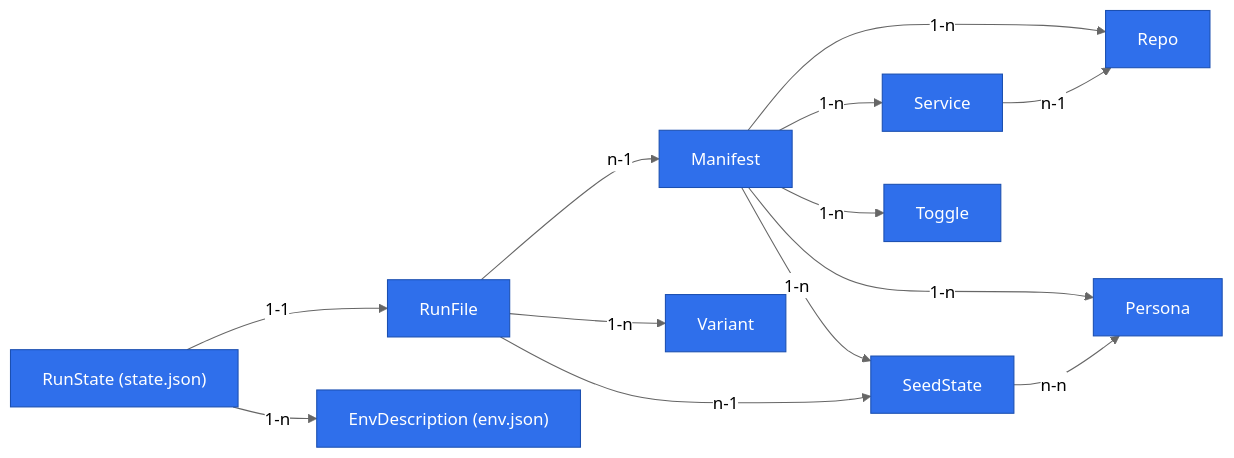
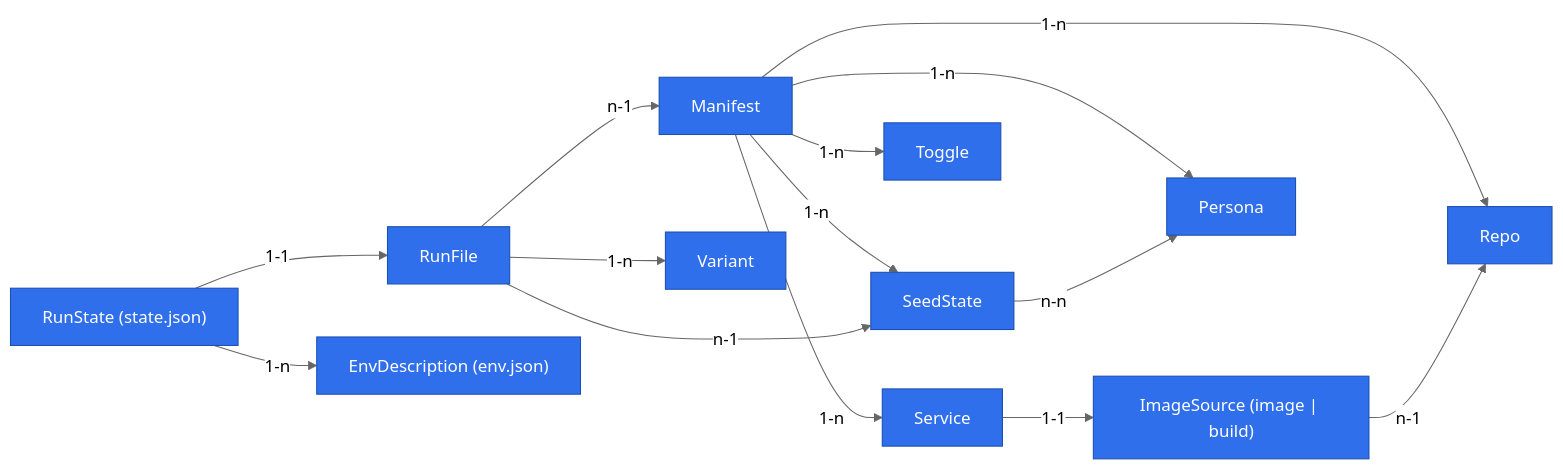
The second of 2 diagrams in docs/specs/2026-10-08-manifest-srodowiska-multi-repo.md (whisper-sport/e2e-qa-runner), drawn with Mermaid (neutral theme) before and after one commit. The commit also changed other lines of this file and 1 other file, not shown here.

````diff
--- a/docs/specs/2026-10-08-manifest-srodowiska-multi-repo.md
+++ b/docs/specs/2026-10-08-manifest-srodowiska-multi-repo.md
@@ -132,28 +172,30 @@
 ```mermaid
 flowchart LR
     classDef newEntity fill:#2f6feb,color:#fff,stroke:#1b4fb0
 
     entity_1["Manifest"]:::newEntity
     entity_2["Repo"]:::newEntity
     entity_3["Service"]:::newEntity
-    entity_4["SeedState"]:::newEntity
-    entity_5["Persona"]:::newEntity
-    entity_6["Toggle"]:::newEntity
-    entity_7["RunFile"]:::newEntity
-    entity_8["Variant"]:::newEntity
-    entity_9["RunState (state.json)"]:::newEntity
-    entity_10["EnvDescription (env.json)"]:::newEntity
+    entity_4["ImageSource (image | build)"]:::newEntity
+    entity_5["SeedState"]:::newEntity
+    entity_6["Persona"]:::newEntity
+    entity_7["Toggle"]:::newEntity
+    entity_8["RunFile"]:::newEntity
+    entity_9["Variant"]:::newEntity
+    entity_10["RunState (state.json)"]:::newEntity
+    entity_11["EnvDescription (env.json)"]:::newEntity
 
     entity_1 -->|1-n| entity_2
     entity_1 -->|1-n| entity_3
-    entity_3 -->|n-1| entity_2
-    entity_1 -->|1-n| entity_4
+    entity_3 -->|1-1| entity_4
+    entity_4 -->|n-1| entity_2
     entity_1 -->|1-n| entity_5
-    entity_4 -->|n-n| entity_5
     entity_1 -->|1-n| entity_6
-    entity_7 -->|n-1| entity_1
-    entity_7 -->|1-n| entity_8
-    entity_7 -->|n-1| entity_4
-    entity_9 -->|1-1| entity_7
-    entity_9 -->|1-n| entity_10
+    entity_5 -->|n-n| entity_6
+    entity_1 -->|1-n| entity_7
+    entity_8 -->|n-1| entity_1
+    entity_8 -->|1-n| entity_9
+    entity_8 -->|n-1| entity_5
+    entity_10 -->|1-1| entity_8
+    entity_10 -->|1-n| entity_11
 ```
````
